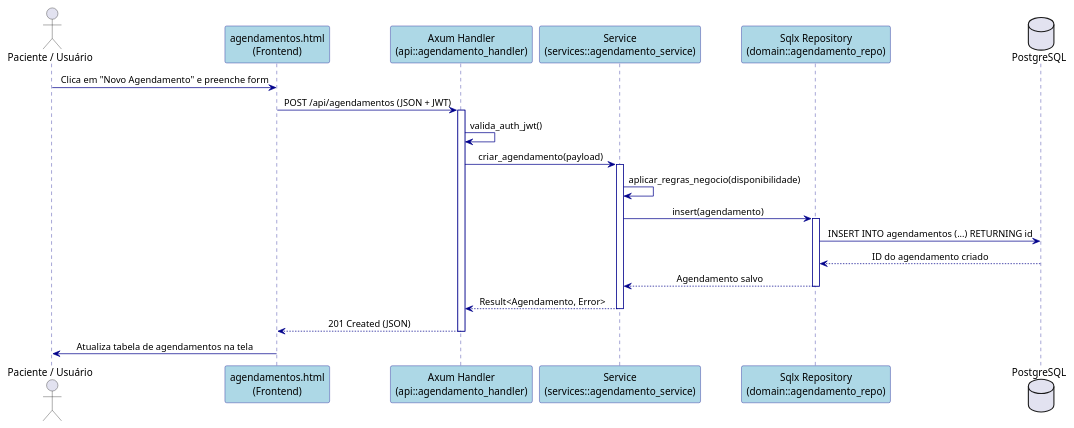
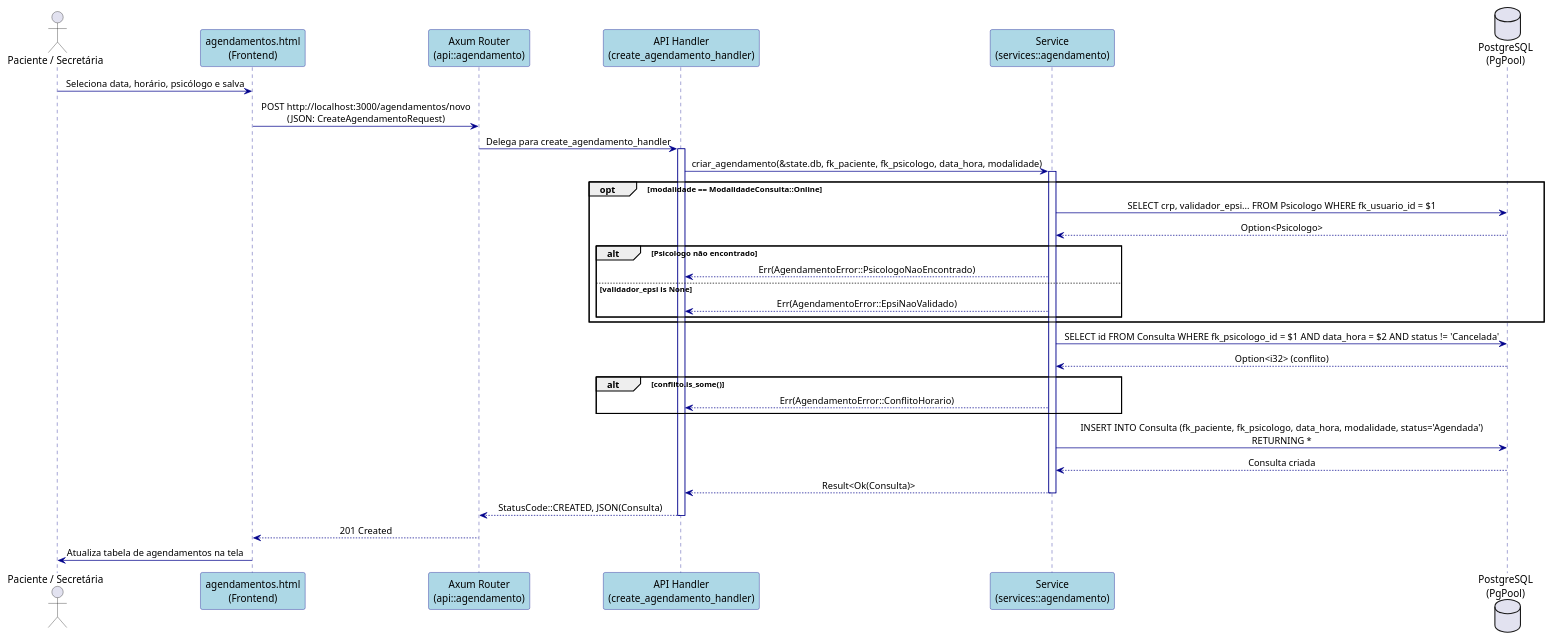
Before and after one commit to Matheus-Allvz/PsiSoft: the second of 2 diagrams in docs/architecture/c4-implementacao/04-sequencia-classes.md, drawn with PlantUML. The commit also changed other lines of this file and 19 other files, not shown here.

````diff
--- a/docs/architecture/c4-implementacao/04-sequencia-classes.md
+++ b/docs/architecture/c4-implementacao/04-sequencia-classes.md
@@ -55,41 +65,51 @@
 ```plantuml
 @startuml
 skinparam defaultTextAlignment center
 skinparam sequence {
     ParticipantBackgroundColor LightBlue
     ParticipantBorderColor DarkBlue
     LifeLineBorderColor DarkBlue
     ArrowColor DarkBlue
 }
 
-actor "Paciente / Usuário" as User
+actor "Paciente / Secretária" as User
 participant "agendamentos.html\n(Frontend)" as UI
-participant "Axum Handler\n(api::agendamento_handler)" as Handler
-participant "Service\n(services::agendamento_service)" as Service
-participant "Sqlx Repository\n(domain::agendamento_repo)" as Repo
-database "PostgreSQL" as DB
+participant "Axum Router\n(api::agendamento)" as Router
+participant "API Handler\n(create_agendamento_handler)" as Handler
+participant "Service\n(services::agendamento)" as Service
+database "PostgreSQL\n(PgPool)" as DB
 
-User -> UI : Clica em "Novo Agendamento" e preenche form
-UI -> Handler : POST /api/agendamentos (JSON + JWT)
+User -> UI : Seleciona data, horário, psicólogo e salva
+UI -> Router : POST http://localhost:3000/agendamentos/novo\n(JSON: CreateAgendamentoRequest)
+Router -> Handler : Delega para create_agendamento_handler
 activate Handler
-    Handler -> Handler : valida_auth_jwt()
-    Handler -> Service : criar_agendamento(payload)
+    Handler -> Service : criar_agendamento(&state.db, fk_paciente, fk_psicologo, data_hora, modalidade)
     activate Service
-        Service -> Service : aplicar_regras_negocio(disponibilidade)
+        opt modalidade == ModalidadeConsulta::Online
+            Service -> DB : SELECT crp, validador_epsi... FROM Psicologo WHERE fk_usuario_id = $1
+            DB --> Service : Option<Psicologo>
+            alt Psicologo não encontrado
+                Service --> Handler : Err(AgendamentoError::PsicologoNaoEncontrado)
+            else validador_epsi is None
+                Service --> Handler : Err(AgendamentoError::EpsiNaoValidado)
+            end
+        end
         
-        Service -> Repo : insert(agendamento)
-        activate Repo
-            Repo -> DB : INSERT INTO agendamentos (...) RETURNING id
-            DB --> Repo : ID do agendamento criado
-            Repo --> Service : Agendamento salvo
-        deactivate Repo
+        Service -> DB : SELECT id FROM Consulta WHERE fk_psicologo_id = $1 AND data_hora = $2 AND status != 'Cancelada'
+        DB --> Service : Option<i32> (conflito)
+        alt conflito.is_some()
+            Service --> Handler : Err(AgendamentoError::ConflitoHorario)
+        end
         
-        Service --> Handler : Result<Agendamento, Error>
+        Service -> DB : INSERT INTO Consulta (fk_paciente, fk_psicologo, data_hora, modalidade, status='Agendada')\nRETURNING *
+        DB --> Service : Consulta criada
+        
+        Service --> Handler : Result<Ok(Consulta)>
     deactivate Service
     
-    Handler --> UI : 201 Created (JSON)
+    Handler --> Router : StatusCode::CREATED, JSON(Consulta)
 deactivate Handler
-
+Router --> UI : 201 Created
 UI -> User : Atualiza tabela de agendamentos na tela
 @enduml
 ```
````
